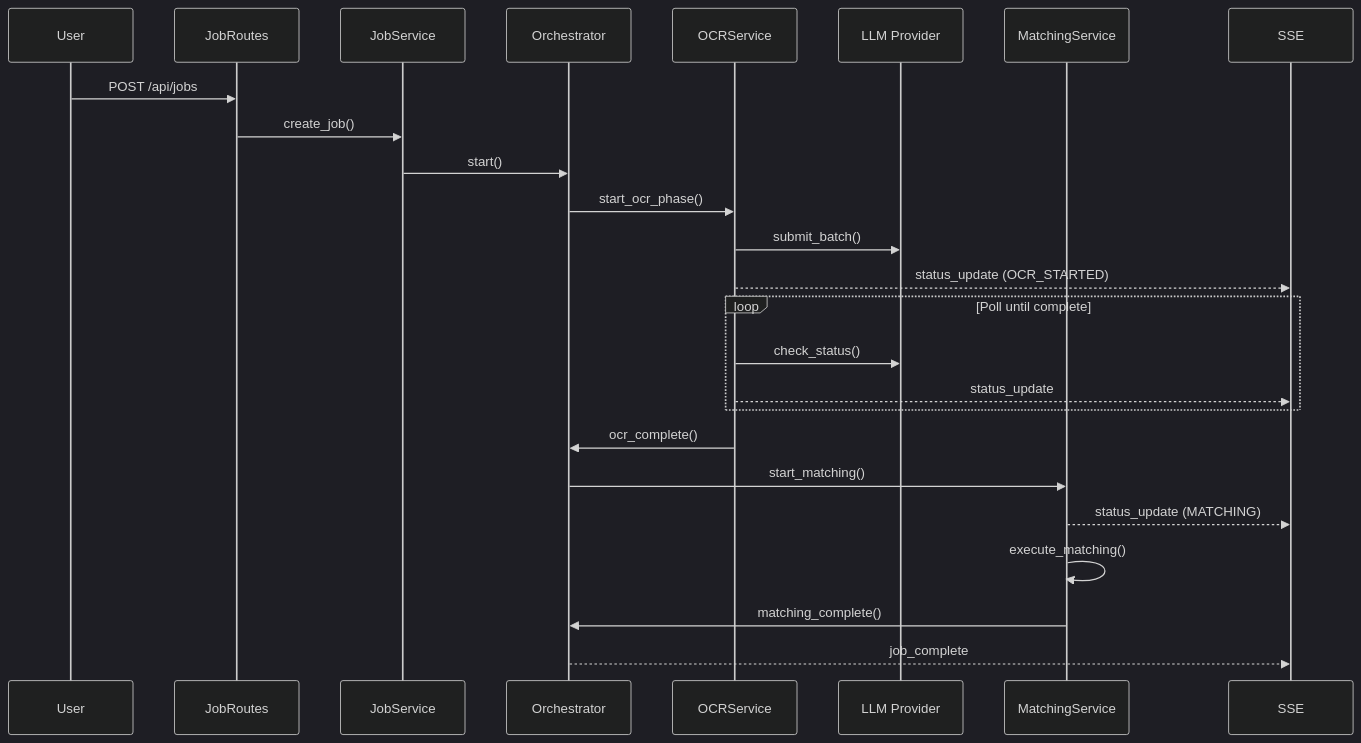
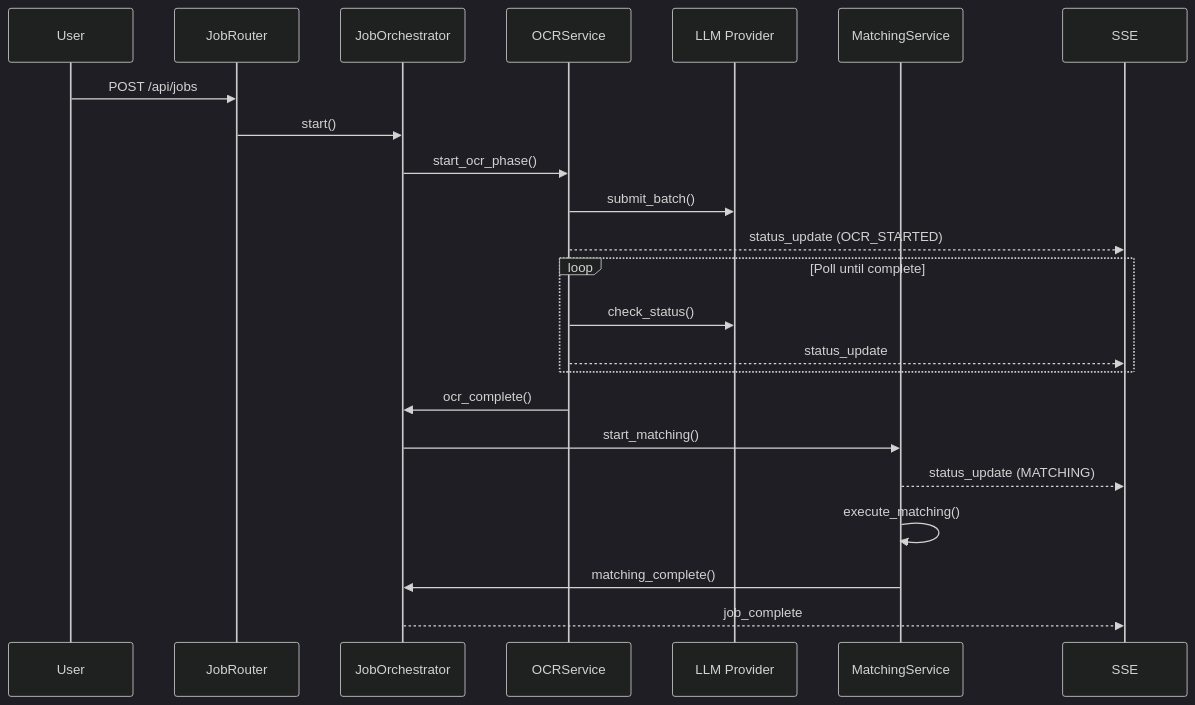
One commit to civictechdc/votecatcher changed the second of 2 diagrams in docs/architecture/c4-components.md. Above: the diagram before and after it, drawn with Mermaid (dark theme). The commit also changed other lines of this file and 69 other files, not shown here.

````diff
--- a/docs/architecture/c4-components.md
+++ b/docs/architecture/c4-components.md
@@ -140,30 +176,28 @@
 ```mermaid
 sequenceDiagram
     participant User
-    participant JobRoutes
-    participant JobService
-    participant Orchestrator
+    participant JobRouter
+    participant JobOrchestrator
     participant OCRService
     participant LLM as LLM Provider
     participant MatchingService
     participant SSE
 
-    User->>JobRoutes: POST /api/jobs
-    JobRoutes->>JobService: create_job()
-    JobService->>Orchestrator: start()
-    Orchestrator->>OCRService: start_ocr_phase()
+    User->>JobRouter: POST /api/jobs
+    JobRouter->>JobOrchestrator: start()
+    JobOrchestrator->>OCRService: start_ocr_phase()
     OCRService->>LLM: submit_batch()
     OCRService-->>SSE: status_update (OCR_STARTED)
 
     loop Poll until complete
         OCRService->>LLM: check_status()
         OCRService-->>SSE: status_update
     end
 
-    OCRService->>Orchestrator: ocr_complete()
-    Orchestrator->>MatchingService: start_matching()
+    OCRService->>JobOrchestrator: ocr_complete()
+    JobOrchestrator->>MatchingService: start_matching()
     MatchingService-->>SSE: status_update (MATCHING)
     MatchingService->>MatchingService: execute_matching()
-    MatchingService->>Orchestrator: matching_complete()
-    Orchestrator-->>SSE: job_complete
+    MatchingService->>JobOrchestrator: matching_complete()
+    JobOrchestrator-->>SSE: job_complete
 ```
````
